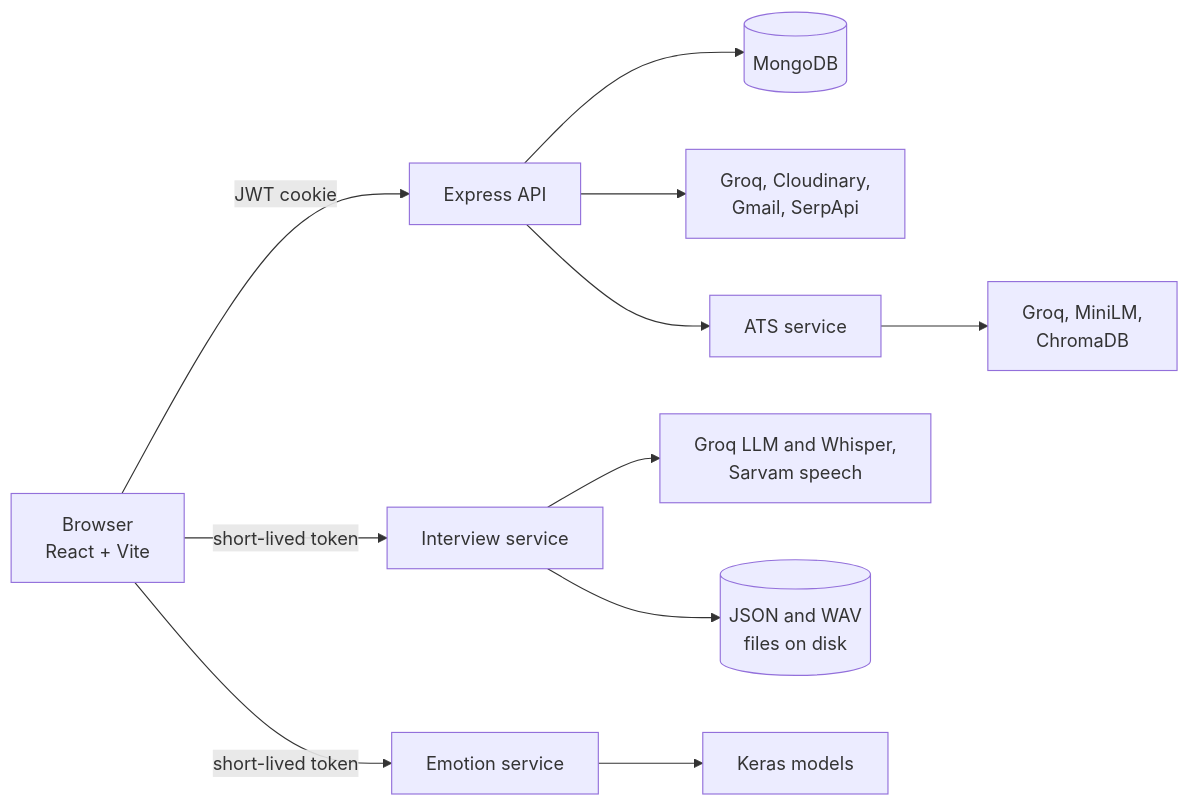
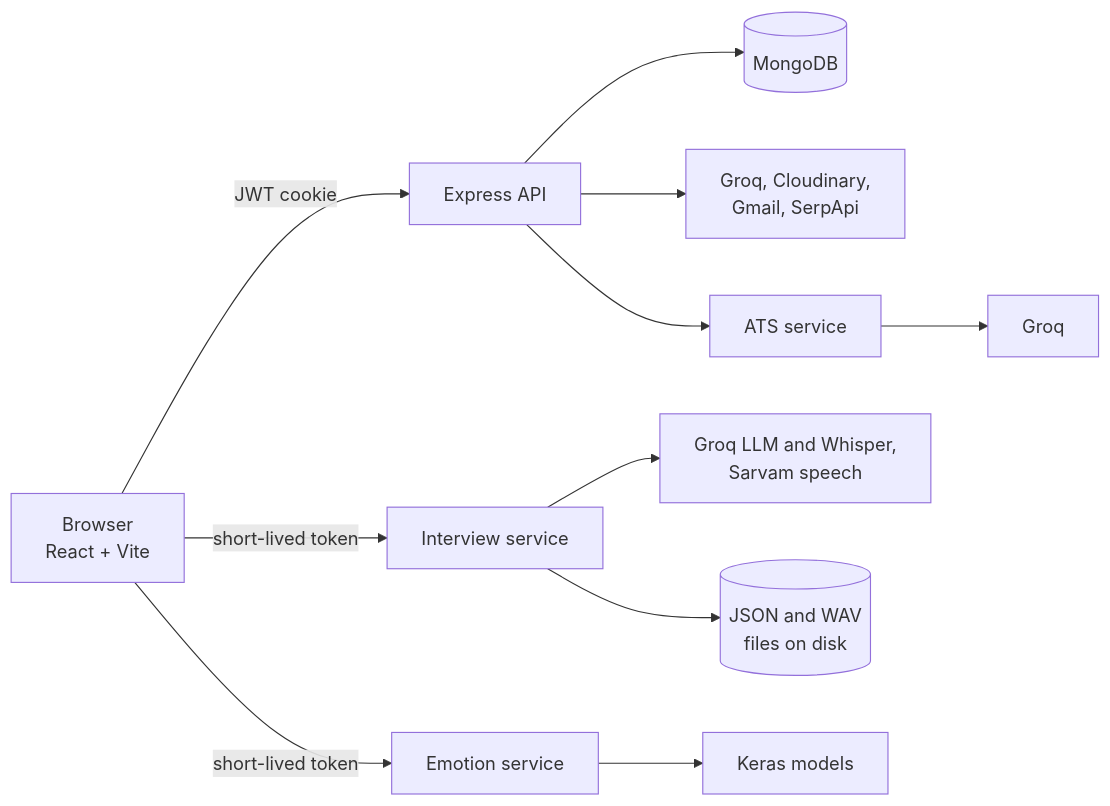
One commit to LekhNayak/InterviewMate-AI_Mock_Interview_Platform changed the first of 2 diagrams in README.md. Above: the diagram before and after it, drawn with Mermaid. The commit also changed other lines of this file and 42 other files, not shown here.

````diff
--- a/README.md
+++ b/README.md
@@ -66,16 +66,16 @@
 ```mermaid
 flowchart LR
     browser["Browser<br/>React + Vite"]
 
     browser -->|"JWT cookie"| api["Express API"]
     browser -->|"short-lived token"| interview["Interview service"]
     browser -->|"short-lived token"| emotion["Emotion service"]
 
     api --> mongo[("MongoDB")]
     api --> ext["Groq, Cloudinary,<br/>Gmail, SerpApi"]
     api --> ats["ATS service"]
-    ats --> atsx["Groq, MiniLM,<br/>ChromaDB"]
+    ats --> atsx["Groq"]
     interview --> ai["Groq LLM and Whisper,<br/>Sarvam speech"]
     interview --> disk[("JSON and WAV<br/>files on disk")]
     emotion --> keras["Keras models"]
 ```
````
